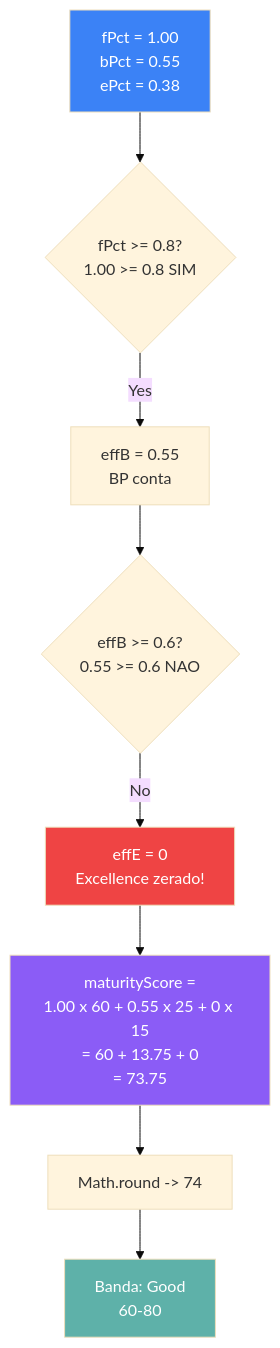
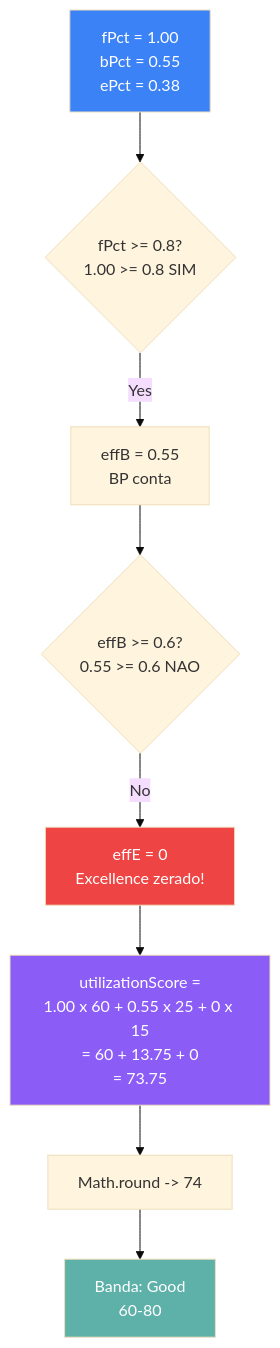
One commit to mbdccoletta/Pulse-Assessment-App changed the eighth of 14 diagrams in docs/SCORING-CALCULATIONS.md. Above: the diagram before and after it, drawn with Mermaid (base theme). The commit also changed other lines of this file and 34 other files, not shown here.

````diff
--- a/docs/SCORING-CALCULATIONS.md
+++ b/docs/SCORING-CALCULATIONS.md
@@ -264,20 +264,20 @@
 ```mermaid
 flowchart TD
     A[fPct = 1.00<br/>bPct = 0.55<br/>ePct = 0.38] --> B{fPct >= 0.8?<br/>1.00 >= 0.8 SIM}
 
     B -->|Yes| C[effB = 0.55<br/>BP conta]
 
     C --> D{effB >= 0.6?<br/>0.55 >= 0.6 NAO}
 
     D -->|No| E[effE = 0<br/>Excellence zerado!]
 
-    E --> F[maturityScore =<br/>1.00 x 60 + 0.55 x 25 + 0 x 15<br/>= 60 + 13.75 + 0<br/>= 73.75]
+    E --> F[utilizationScore =<br/>1.00 x 60 + 0.55 x 25 + 0 x 15<br/>= 60 + 13.75 + 0<br/>= 73.75]
 
     F --> G[Math.round -> 74]
     G --> H[Banda: Good<br/>60-80]
 
     style A fill:#3B82F6,color:#fff
     style E fill:#EF4444,color:#fff
     style F fill:#8B5CF6,color:#fff
     style H fill:#5EB1A9,color:#fff
 ```
````
